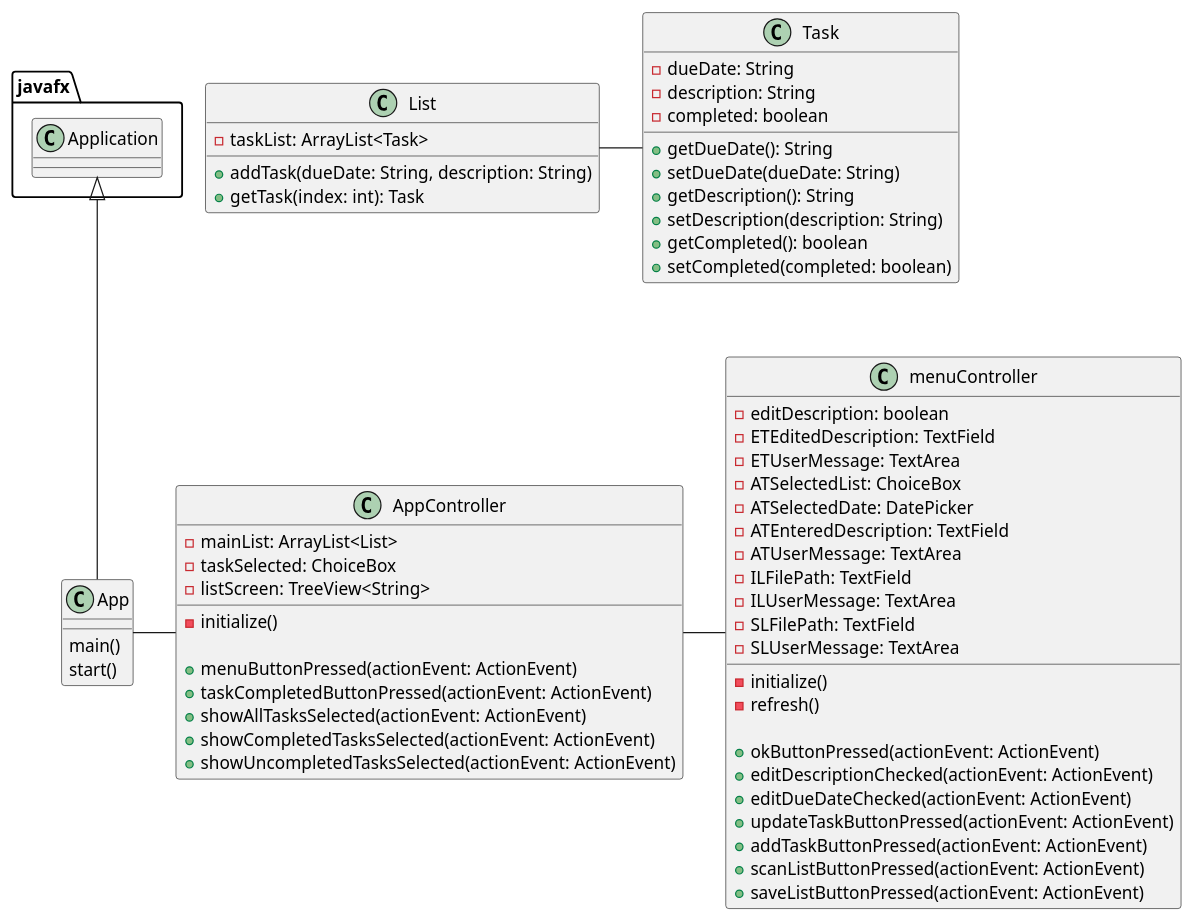
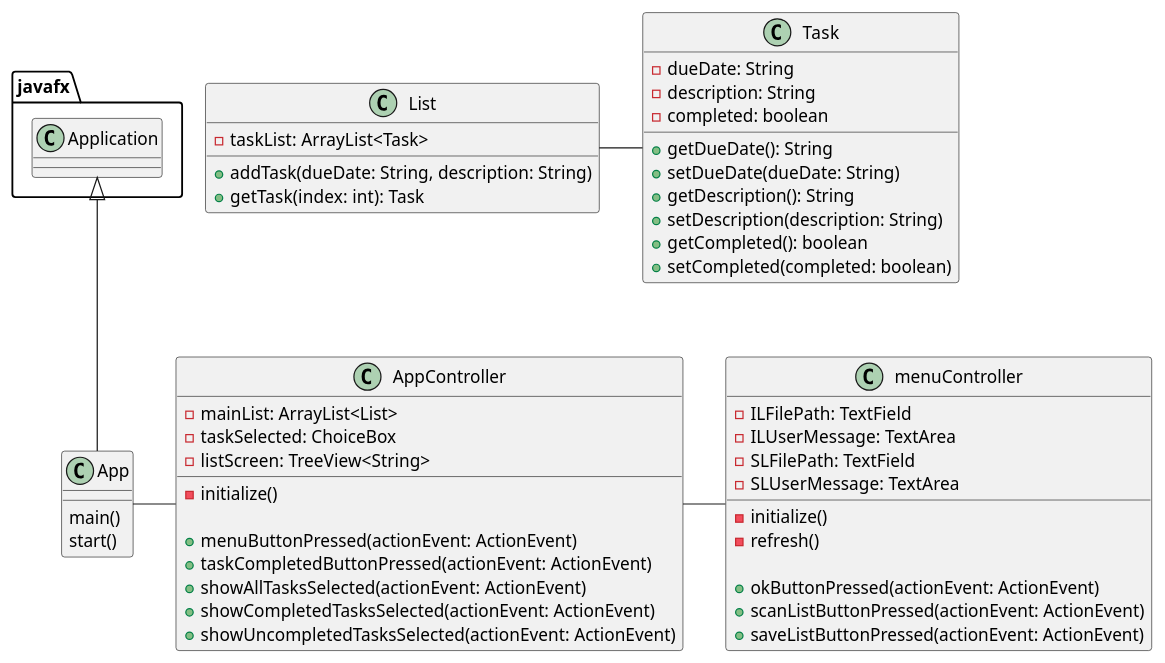
Before and after one commit to ashley-m0/OOP-Assignment4-Part2: the diagram in uml/AppDiagram.puml, drawn with PlantUML. The commit also changed 4 other files, not shown here.

```diff
--- a/uml/AppDiagram.puml
+++ b/uml/AppDiagram.puml
@@ -1,73 +1,62 @@
 @startuml
 'https://plantuml.com/sequence-diagram
 
 class App{
     main()
     start()
 }
 
 class AppController{
     - mainList: ArrayList<List>
     - taskSelected: ChoiceBox
     - listScreen: TreeView<String>
     - initialize()
 
     + menuButtonPressed(actionEvent: ActionEvent)
     + taskCompletedButtonPressed(actionEvent: ActionEvent)
     + showAllTasksSelected(actionEvent: ActionEvent)
     + showCompletedTasksSelected(actionEvent: ActionEvent)
     + showUncompletedTasksSelected(actionEvent: ActionEvent)
 
 }
 
 class List{
     - taskList: ArrayList<Task>
 
     + addTask(dueDate: String, description: String)
     + getTask(index: int): Task
 }
 
 class menuController{
 
-    - editDescription: boolean
-    - ETEditedDescription: TextField
-    - ETUserMessage: TextArea
-    - ATSelectedList: ChoiceBox
-    - ATSelectedDate: DatePicker
-    - ATEnteredDescription: TextField
-    - ATUserMessage: TextArea
     - ILFilePath: TextField
     - ILUserMessage: TextArea
     - SLFilePath: TextField
     - SLUserMessage: TextArea
     - initialize()
     - refresh()
 
     + okButtonPressed(actionEvent: ActionEvent)
-    + editDescriptionChecked(actionEvent: ActionEvent)
-    + editDueDateChecked(actionEvent: ActionEvent)
-    + updateTaskButtonPressed(actionEvent: ActionEvent)
-    + addTaskButtonPressed(actionEvent: ActionEvent)
     + scanListButtonPressed(actionEvent: ActionEvent)
     + saveListButtonPressed(actionEvent: ActionEvent)
 }
 
 class Task{
     - dueDate: String
     - description: String
     - completed: boolean
 
     + getDueDate(): String
     + setDueDate(dueDate: String)
     + getDescription(): String
     + setDescription(description: String)
     + getCompleted(): boolean
     + setCompleted(completed: boolean)
 }
 
 javafx.Application <|-- App
 
 App -  AppController
 AppController - menuController
 List - Task
 @enduml
```
